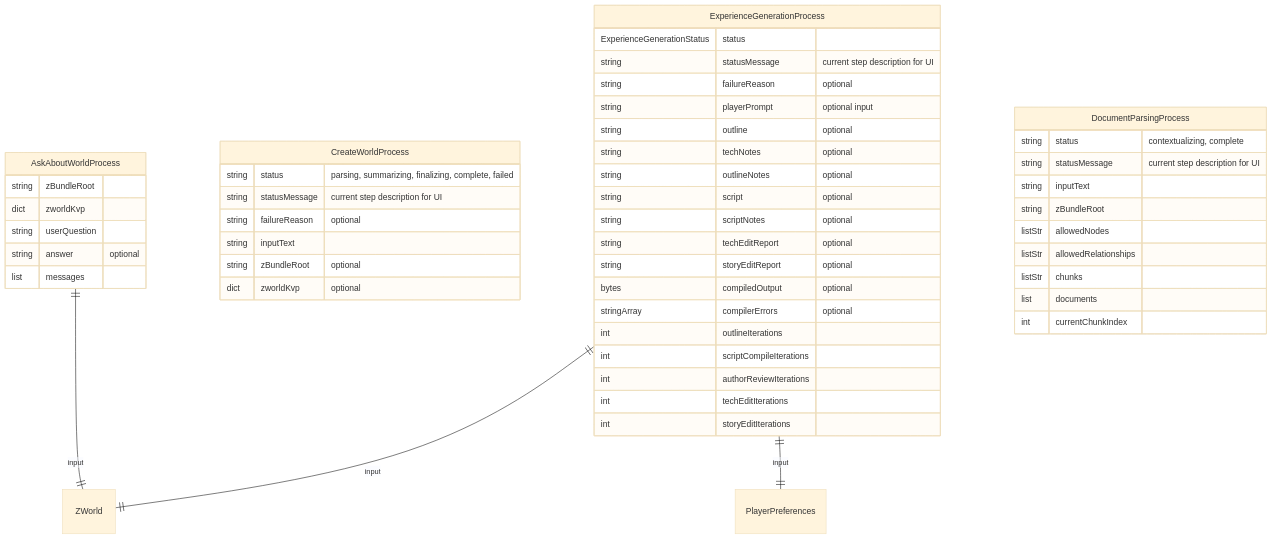
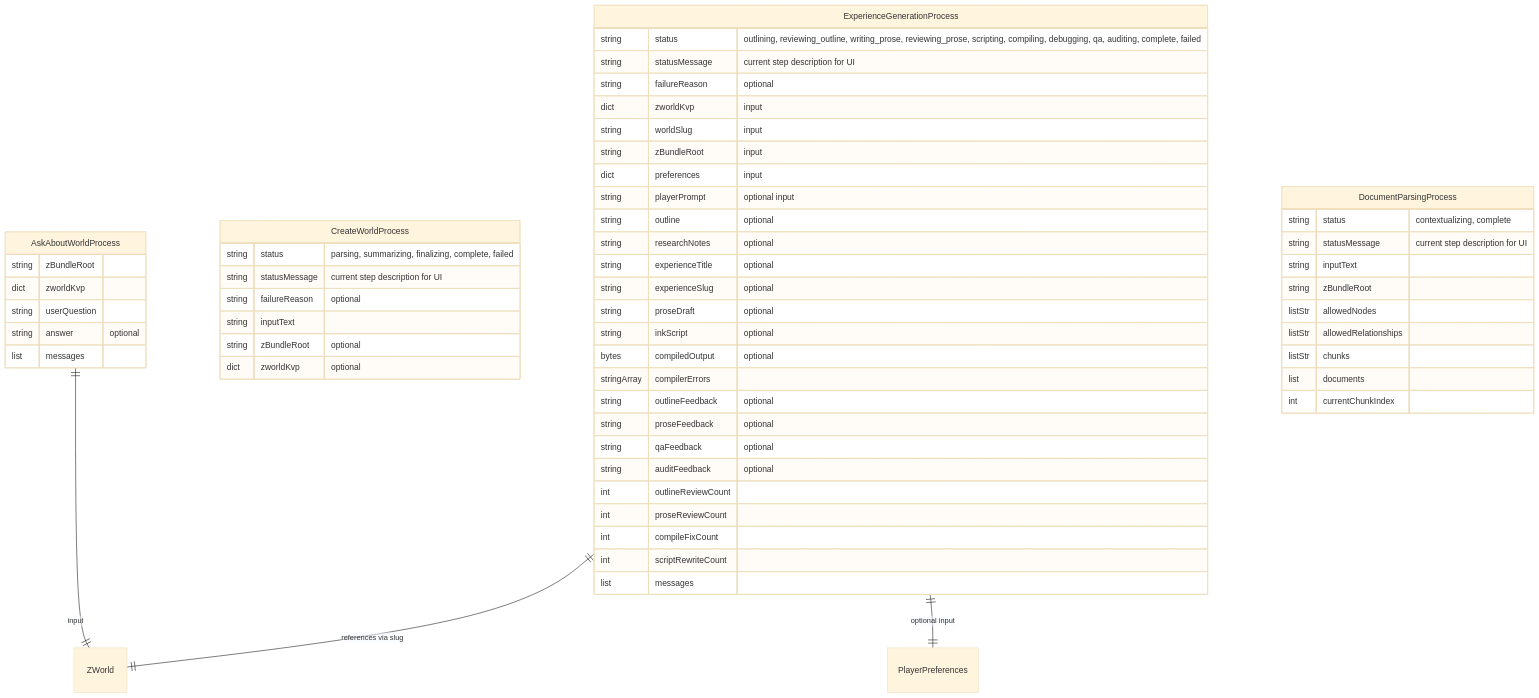
Before and after one commit to peterbaileyct/zforge: the fourth of 4 diagrams in docs/ER Diagram.md, drawn with Mermaid (base theme). The commit also changed 10 other files, not shown here.

Commit message:
Implemented new Experience Generation process with RAG.

````diff
--- a/docs/ER Diagram.md
+++ b/docs/ER Diagram.md
@@ -124,53 +124,60 @@
 ```mermaid
 erDiagram
     ExperienceGenerationProcess {
-        ExperienceGenerationStatus status
+        string status "outlining, reviewing_outline, writing_prose, reviewing_prose, scripting, compiling, debugging, qa, auditing, complete, failed"
         string statusMessage "current step description for UI"
         string failureReason "optional"
+        dict zworldKvp "input"
+        string worldSlug "input"
+        string zBundleRoot "input"
+        dict preferences "input"
         string playerPrompt "optional input"
         string outline "optional"
-        string techNotes "optional"
-        string outlineNotes "optional"
-        string script "optional"
-        string scriptNotes "optional"
-        string techEditReport "optional"
-        string storyEditReport "optional"
+        string researchNotes "optional"
+        string experienceTitle "optional"
+        string experienceSlug "optional"
+        string proseDraft "optional"
+        string inkScript "optional"
         bytes compiledOutput "optional"
-        stringArray compilerErrors "optional"
-        int outlineIterations
-        int scriptCompileIterations
-        int authorReviewIterations
-        int techEditIterations
-        int storyEditIterations
+        stringArray compilerErrors
+        string outlineFeedback "optional"
+        string proseFeedback "optional"
+        string qaFeedback "optional"
+        string auditFeedback "optional"
+        int outlineReviewCount
+        int proseReviewCount
+        int compileFixCount
+        int scriptRewriteCount
+        list messages
     }
     CreateWorldProcess {
         string status "parsing, summarizing, finalizing, complete, failed"
         string statusMessage "current step description for UI"
         string failureReason "optional"
         string inputText
         string zBundleRoot "optional"
         dict zworldKvp "optional"
     }
     AskAboutWorldProcess {
         string zBundleRoot
         dict zworldKvp
         string userQuestion
         string answer "optional"
         list messages
     }
     DocumentParsingProcess {
         string status "contextualizing, complete"
         string statusMessage "current step description for UI"
         string inputText
         string zBundleRoot
         listStr allowedNodes
         listStr allowedRelationships
         listStr chunks
         list documents
         int currentChunkIndex
     }
 
-    ExperienceGenerationProcess ||--|| ZWorld : "input"
-    ExperienceGenerationProcess ||--|| PlayerPreferences : "input"
+    ExperienceGenerationProcess ||--|| ZWorld : "references via slug"
+    ExperienceGenerationProcess ||--|| PlayerPreferences : "optional input"
     AskAboutWorldProcess ||--|| ZWorld : "input"
 ```
````
